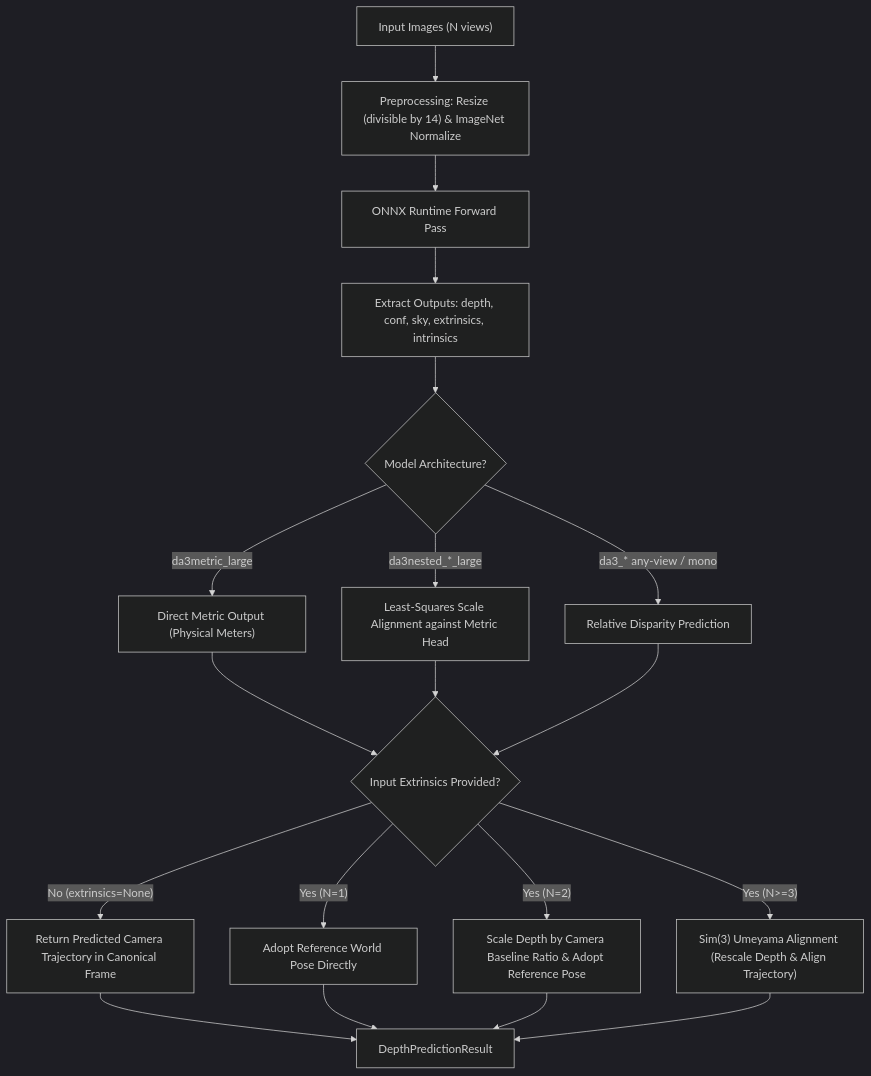
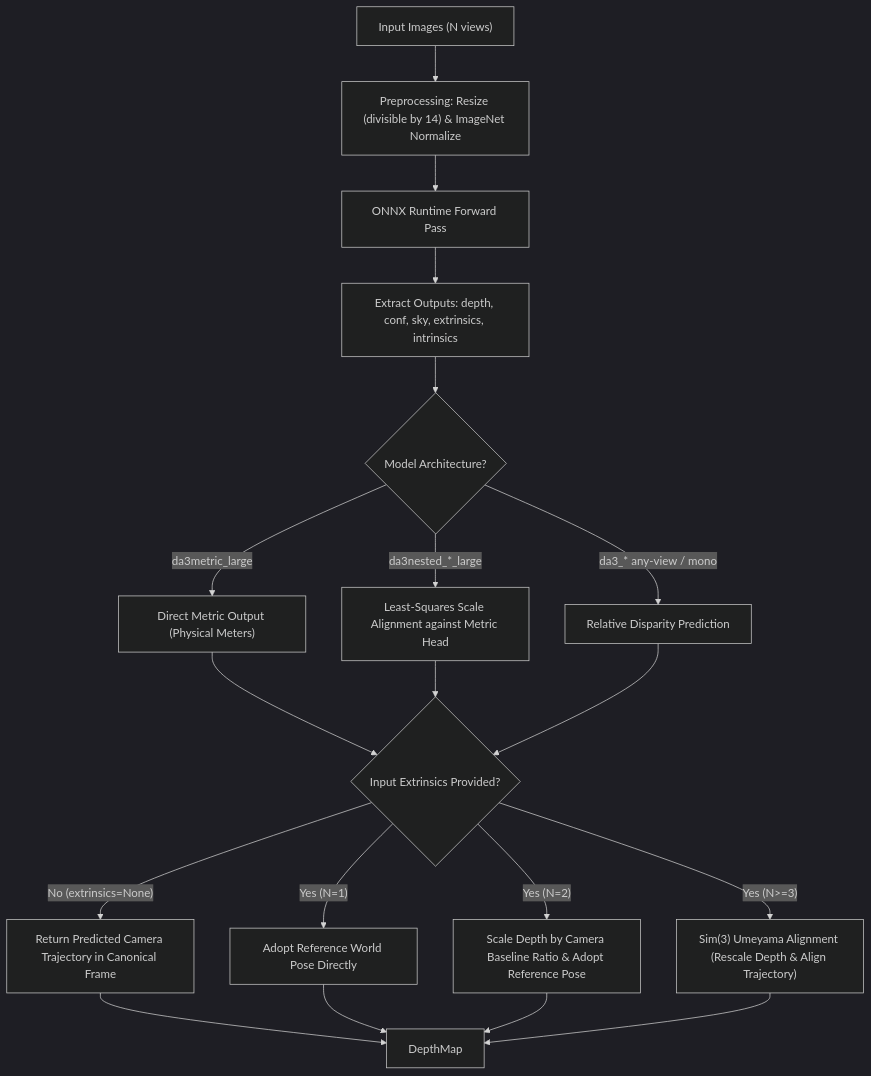
Before and after one commit to spatialhub-ai/spatialhub: the diagram in src/spatialhub/models/depth_anything_3/README.md, drawn with Mermaid (dark theme). The commit also changed other lines of this file and 5 other files, not shown here.

````diff
--- a/src/spatialhub/models/depth_anything_3/README.md
+++ b/src/spatialhub/models/depth_anything_3/README.md
@@ -45,21 +45,21 @@
 ```mermaid
 graph TD
     A["Input Images (N views)"] --> B["Preprocessing: Resize (divisible by 14) & ImageNet Normalize"]
     B --> C["ONNX Runtime Forward Pass"]
     C --> D["Extract Outputs: depth, conf, sky, extrinsics, intrinsics"]
     D --> E{"Model Architecture?"}
     E -- "da3metric_large" --> F["Direct Metric Output (Physical Meters)"]
     E -- "da3nested_*_large" --> G["Least-Squares Scale Alignment against Metric Head"]
     E -- "da3_* any-view / mono" --> H["Relative Disparity Prediction"]
     F --> I{"Input Extrinsics Provided?"}
     G --> I
     H --> I
     I -- "No (extrinsics=None)" --> J["Return Predicted Camera Trajectory in Canonical Frame"]
     I -- "Yes (N=1)" --> K["Adopt Reference World Pose Directly"]
     I -- "Yes (N=2)" --> L["Scale Depth by Camera Baseline Ratio & Adopt Reference Pose"]
     I -- "Yes (N>=3)" --> M["Sim(3) Umeyama Alignment (Rescale Depth & Align Trajectory)"]
-    J --> N["DepthPredictionResult"]
+    J --> N["DepthMap"]
     K --> N
     L --> N
     M --> N
 ```
````
